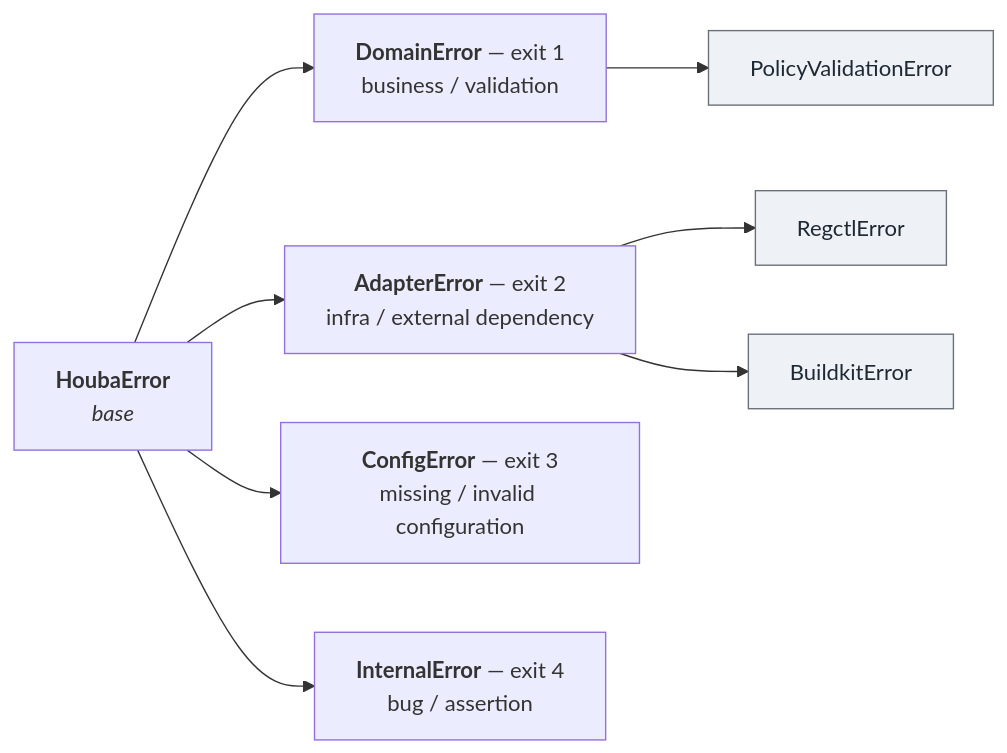
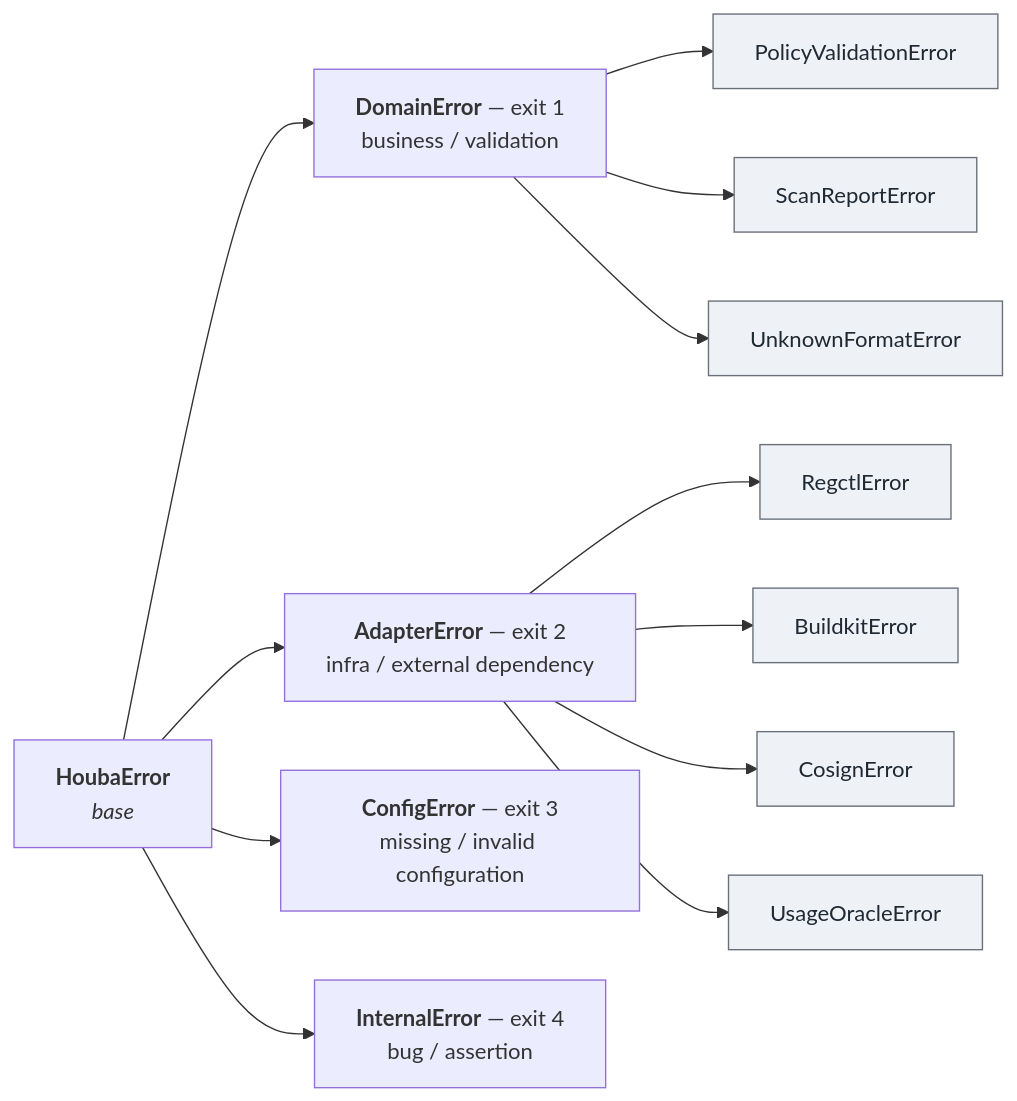
Before and after one commit to trivoallan/knock: the second of 2 diagrams in docs/architecture/design.md, drawn with Mermaid. The commit also changed other lines of this file and 1 other file, not shown here.

First line of the commit message:
docs: sync design.md + roadmap with delivered work (CLI verbs, SLSA, new ports/adapters)

````diff
--- a/docs/architecture/design.md
+++ b/docs/architecture/design.md
@@ -257,22 +261,30 @@
 ```mermaid
 flowchart LR
     base["<b>HoubaError</b><br/><i>base</i>"]
     dom["<b>DomainError</b> — exit 1<br/>business / validation"]
     adp["<b>AdapterError</b> — exit 2<br/>infra / external dependency"]
     cfg["<b>ConfigError</b> — exit 3<br/>missing / invalid configuration"]
     intl["<b>InternalError</b> — exit 4<br/>bug / assertion"]
     pol["PolicyValidationError"]
+    scan["ScanReportError"]
+    fmt["UnknownFormatError"]
     reg["RegctlError"]
     bk["BuildkitError"]
+    cos["CosignError"]
+    orc["UsageOracleError"]
 
     base --> dom
     base --> adp
     base --> cfg
     base --> intl
     dom --> pol
+    dom --> scan
+    dom --> fmt
     adp --> reg
     adp --> bk
+    adp --> cos
+    adp --> orc
 
     classDef leaf fill:#eef1f5,stroke:#69707a,color:#1f2933;
-    class pol,reg,bk leaf;
+    class pol,scan,fmt,reg,bk,cos,orc leaf;
 ```
````
